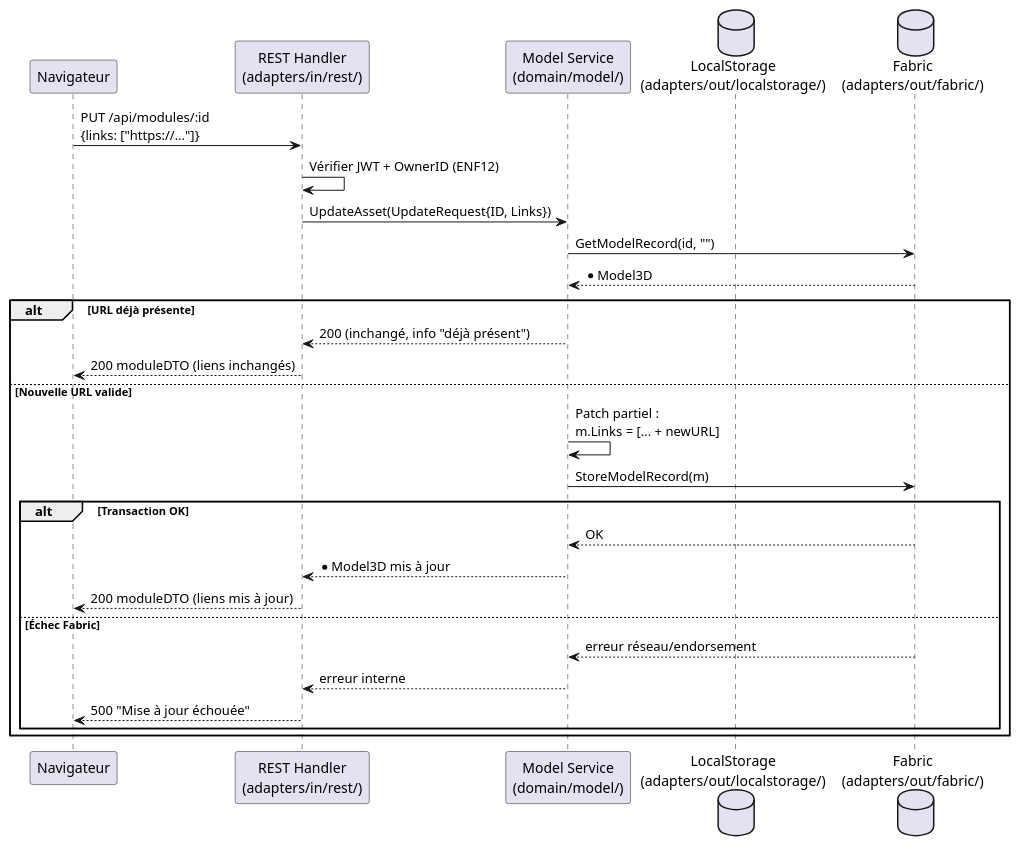
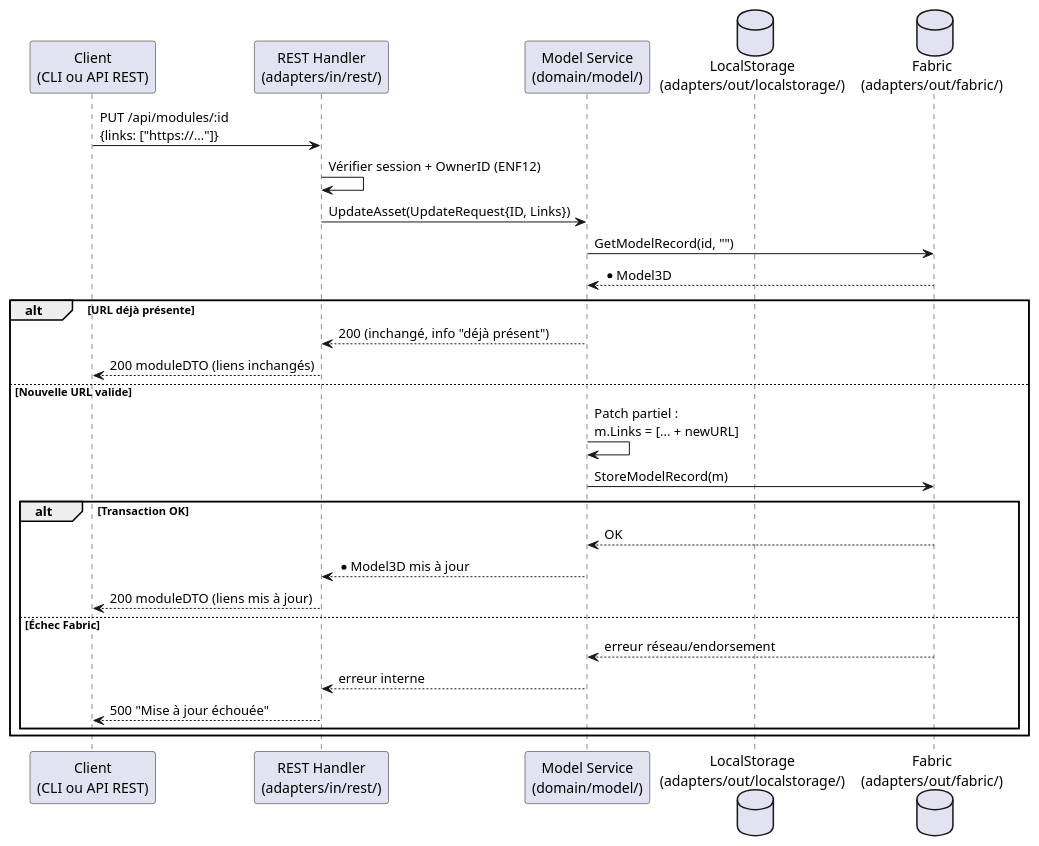
The second of 2 diagrams in specs/2-Analyse/UCMOD-Module/UCMOD03.md (olivaux/myr), drawn with PlantUML before and after one commit. The commit also changed other lines of this file and 72 other files, not shown here.

````diff
--- a/specs/2-Analyse/UCMOD-Module/UCMOD03.md
+++ b/specs/2-Analyse/UCMOD-Module/UCMOD03.md
@@ -103,33 +101,33 @@
 ```plantuml
 @startuml
-participant "Navigateur" as Browser
+participant "Client\n(CLI ou API REST)" as Browser
 participant "REST Handler\n(adapters/in/rest/)" as REST
 participant "Model Service\n(domain/model/)" as Service
 database "LocalStorage\n(adapters/out/localstorage/)" as Local
 database "Fabric\n(adapters/out/fabric/)" as Fabric
 
 Browser -> REST : PUT /api/modules/:id\n{links: ["https://..."]}
-REST -> REST : Vérifier JWT + OwnerID (ENF12)
+REST -> REST : Vérifier session + OwnerID (ENF12)
 REST -> Service : UpdateAsset(UpdateRequest{ID, Links})
 Service -> Fabric : GetModelRecord(id, "")
 Fabric --> Service : *Model3D
 
 alt URL déjà présente
     Service --> REST : 200 (inchangé, info "déjà présent")
     REST --> Browser : 200 moduleDTO (liens inchangés)
 else Nouvelle URL valide
     Service -> Service : Patch partiel :\nm.Links = [... + newURL]
     Service -> Fabric : StoreModelRecord(m)
 
     alt Transaction OK
         Fabric --> Service : OK
         Service --> REST : *Model3D mis à jour
         REST --> Browser : 200 moduleDTO (liens mis à jour)
     else Échec Fabric
         Fabric --> Service : erreur réseau/endorsement
         Service --> REST : erreur interne
         REST --> Browser : 500 "Mise à jour échouée"
     end
 end
 @enduml
 ```
````
